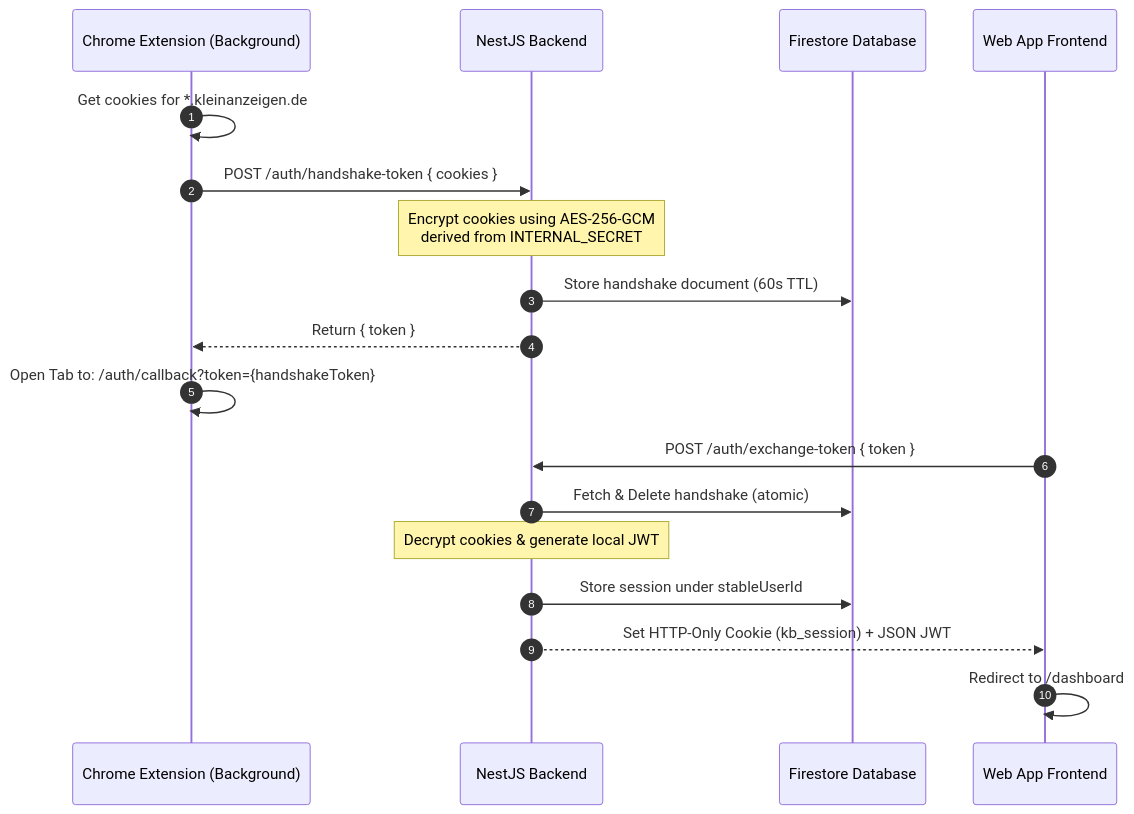
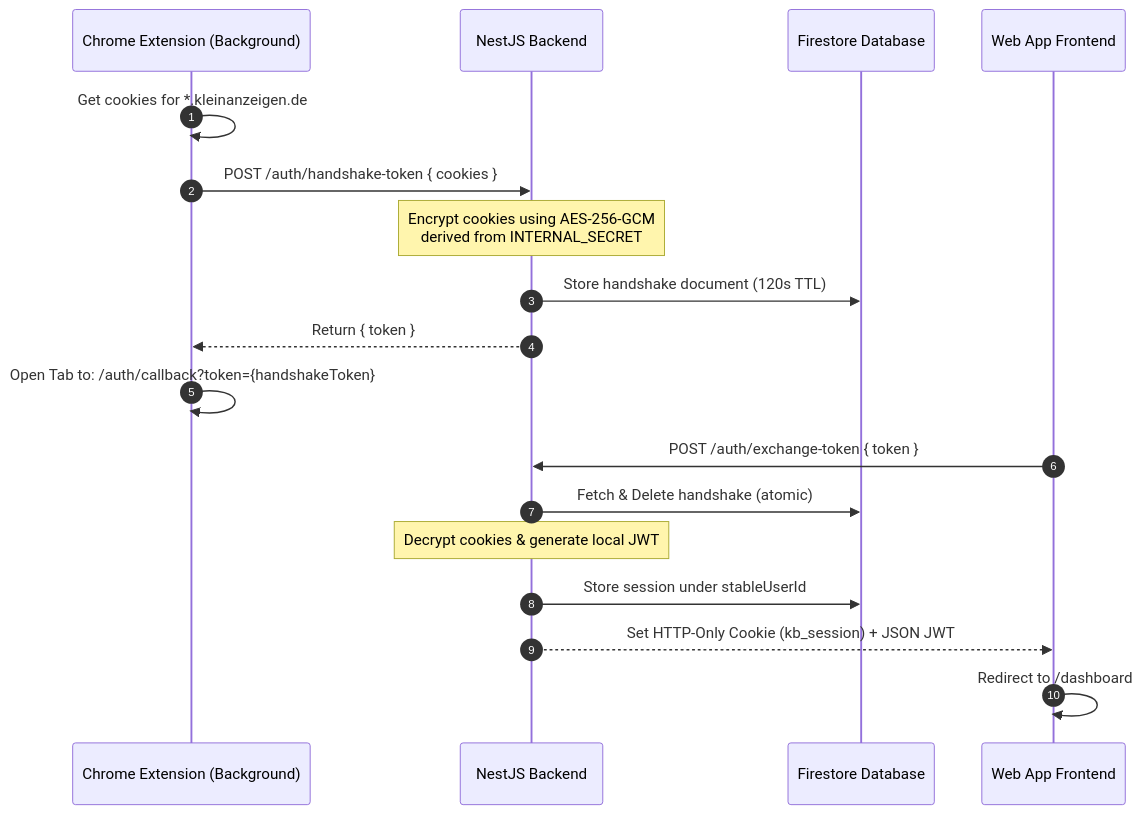
Before and after one commit to Rebaiahmed/kleinanzeigen-boost: the second of 7 diagrams in ARCHITECTURE.md, drawn with Mermaid. The commit also changed other lines of this file and 58 other files, not shown here.

````diff
--- a/ARCHITECTURE.md
+++ b/ARCHITECTURE.md
@@ -117,21 +133,21 @@
 ```mermaid
 sequenceDiagram
     autonumber
     participant Extension as Chrome Extension (Background)
     participant Backend as NestJS Backend
     participant Firestore as Firestore Database
     participant Frontend as Web App Frontend
 
     Extension->>Extension: Get cookies for *.kleinanzeigen.de
     Extension->>Backend: POST /auth/handshake-token { cookies }
     Note over Backend: Encrypt cookies using AES-256-GCM<br>derived from INTERNAL_SECRET
-    Backend->>Firestore: Store handshake document (60s TTL)
+    Backend->>Firestore: Store handshake document (120s TTL)
     Backend-->>Extension: Return { token }
     Extension->>Extension: Open Tab to: /auth/callback?token={handshakeToken}
     Frontend->>Backend: POST /auth/exchange-token { token }
     Backend->>Firestore: Fetch & Delete handshake (atomic)
     Note over Backend: Decrypt cookies & generate local JWT
     Backend->>Firestore: Store session under stableUserId
     Backend-->>Frontend: Set HTTP-Only Cookie (kb_session) + JSON JWT
     Frontend->>Frontend: Redirect to /dashboard
 ```
````
